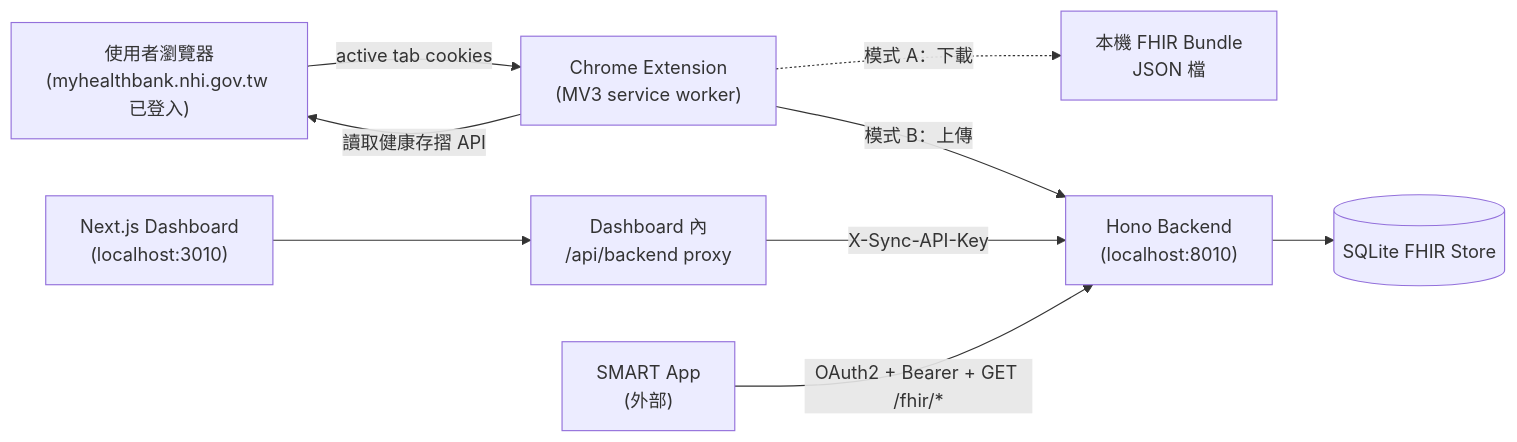
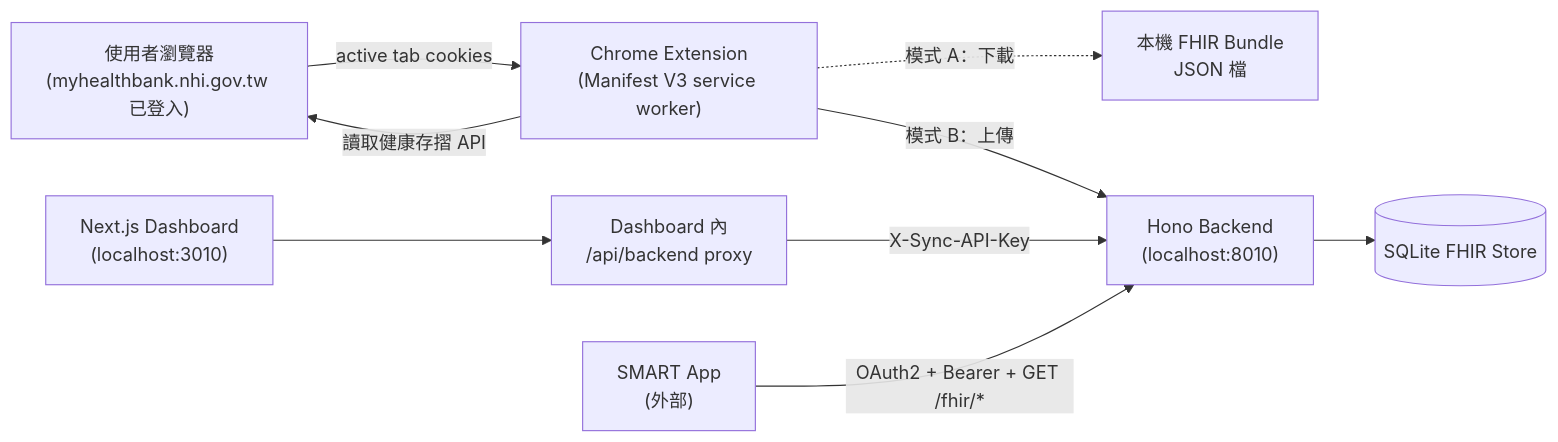
The first of 2 diagrams in docs/ARCHITECTURE.md (voho0000/NHI-FHIR-BRIDGE), drawn with Mermaid before and after one commit. The commit also changed other lines of this file and 8 other files, not shown here.

````diff
--- a/docs/ARCHITECTURE.md
+++ b/docs/ARCHITECTURE.md
@@ -9,20 +9,20 @@
 ```mermaid
 flowchart LR
   user["使用者瀏覽器<br/>(myhealthbank.nhi.gov.tw 已登入)"]
-  ext["Chrome Extension<br/>(MV3 service worker)"]
+  ext["Chrome Extension<br/>(Manifest V3 service worker)"]
   file["本機 FHIR Bundle<br/>JSON 檔"]
   backend["Hono Backend<br/>(localhost:8010)"]
   db[("SQLite FHIR Store")]
   dash["Next.js Dashboard<br/>(localhost:3010)"]
   proxy["Dashboard 內<br/>/api/backend proxy"]
   smart["SMART App<br/>(外部)"]
 
   user -->|active tab cookies| ext
   ext -->|讀取健康存摺 API| user
   ext -. 模式 A：下載 .-> file
   ext -- 模式 B：上傳 --> backend
   backend --> db
   dash --> proxy
   proxy -->|X-Sync-API-Key| backend
   smart -->|OAuth2 + Bearer + GET /fhir/*| backend
 ```
````
